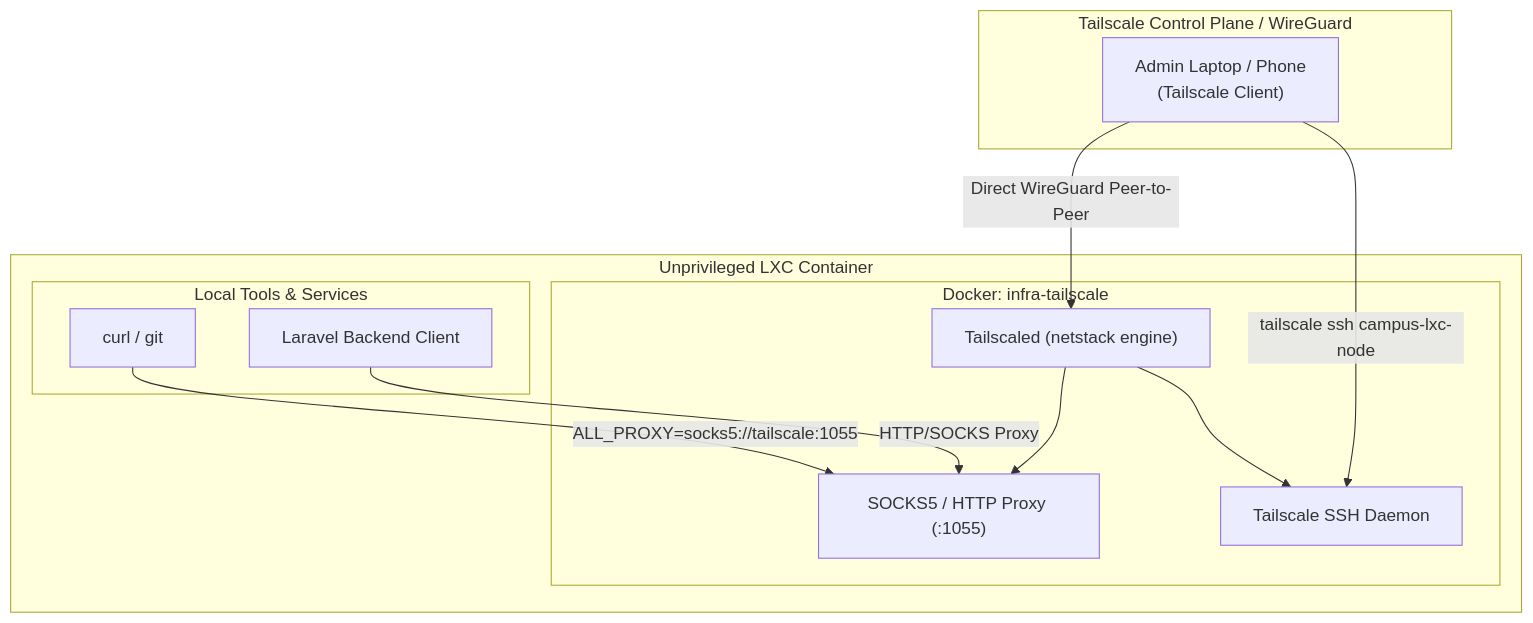
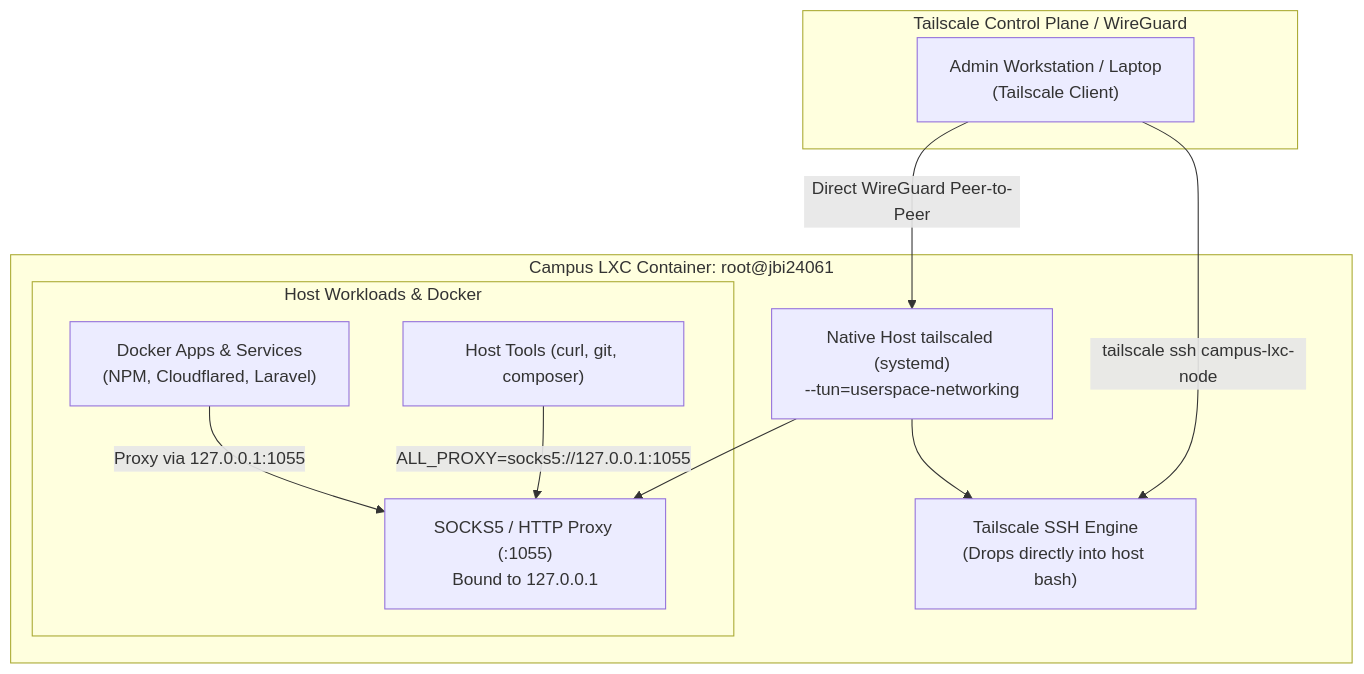
One commit to bugkey24/serverlab-jbi changed the diagram in docs/TAILSCALE_USERSPACE.md. Above: the diagram before and after it, drawn with Mermaid. The commit also changed other lines of this file and 11 other files, not shown here.

Commit message:
refactor: complete transition from containerized to native host tailscale architecture

````diff
--- a/docs/TAILSCALE_USERSPACE.md
+++ b/docs/TAILSCALE_USERSPACE.md
@@ -22,25 +27,24 @@
 ```mermaid
 flowchart TD
-    subgraph Host_Container ["Unprivileged LXC Container"]
-        subgraph TS_Container ["Docker: infra-tailscale"]
-            TS_Engine["Tailscaled (netstack engine)"]
-            Proxy["SOCKS5 / HTTP Proxy (:1055)"]
-            TSSSH["Tailscale SSH Daemon"]
-            TS_Engine --> Proxy
-            TS_Engine --> TSSSH
-        end
+    subgraph Campus_LXC ["Campus LXC Container: root@jbi24061"]
+        Host_TS["Native Host tailscaled (systemd)<br>--tun=userspace-networking"]
+        Host_SSH["Tailscale SSH Engine<br>(Drops directly into host bash)"]
+        Host_Proxy["SOCKS5 / HTTP Proxy (:1055)<br>Bound to 127.0.0.1"]
 
-        subgraph Local_Services ["Local Tools & Services"]
-            Curl["curl / git"]
-            LaravelApp["Laravel Backend Client"]
-            Curl -->|ALL_PROXY=socks5://tailscale:1055| Proxy
-            LaravelApp -->|HTTP/SOCKS Proxy| Proxy
+        Host_TS --> Host_SSH
+        Host_TS --> Host_Proxy
+
+        subgraph Host_Workloads ["Host Workloads & Docker"]
+            DockerContainers["Docker Apps & Services<br>(NPM, Cloudflared, Laravel)"]
+            LocalCLI["Host Tools (curl, git, composer)"]
+            LocalCLI -->|ALL_PROXY=socks5://127.0.0.1:1055| Host_Proxy
+            DockerContainers -->|Proxy via 127.0.0.1:1055| Host_Proxy
         end
     end
 
     subgraph Tailscale_Coordination ["Tailscale Control Plane / WireGuard"]
-        AdminDevice["Admin Laptop / Phone<br>(Tailscale Client)"]
-        AdminDevice -->|Direct WireGuard Peer-to-Peer| TS_Engine
-        AdminDevice -->|tailscale ssh campus-lxc-node| TSSSH
+        AdminDevice["Admin Workstation / Laptop<br>(Tailscale Client)"]
+        AdminDevice -->|Direct WireGuard Peer-to-Peer| Host_TS
+        AdminDevice -->|tailscale ssh campus-lxc-node| Host_SSH
     end
 ```
````
